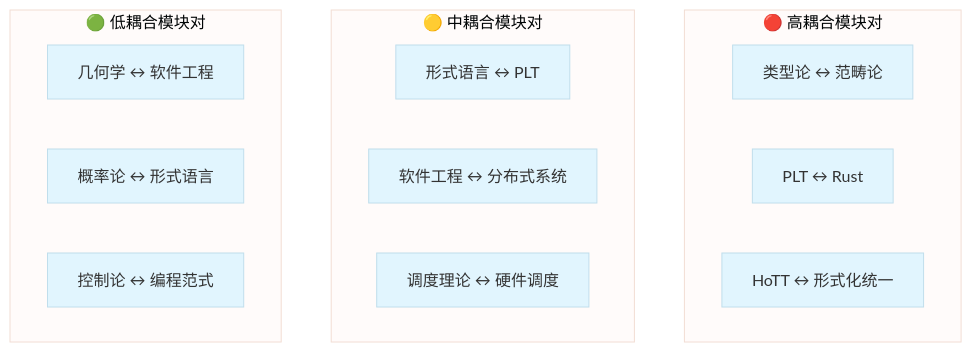
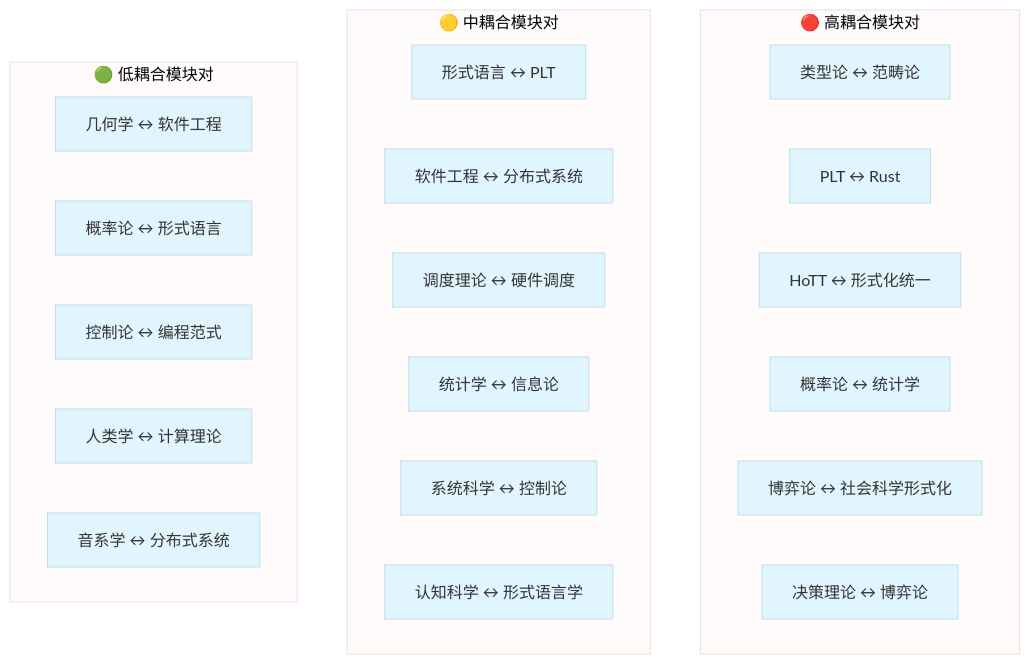
One commit to AdaMartin18010/FormalScience changed the ninth of 9 diagrams in docs/Refactor/00_MAP.md. Above: the diagram before and after it, drawn with Mermaid. The commit also changed other lines of this file and 140 other files, not shown here.

````diff
--- a/docs/Refactor/00_MAP.md
+++ b/docs/Refactor/00_MAP.md
@@ -390,21 +574,29 @@
 ```mermaid
 %%{init: {'theme': 'base', 'themeVariables': { 'primaryColor': '#e1f5fe'}}}%%
 graph TB
     subgraph 高耦合["🔴 高耦合模块对"]
         A1[类型论 ↔ 范畴论]
         A2[PLT ↔ Rust]
         A3[HoTT ↔ 形式化统一]
+        A4[概率论 ↔ 统计学]
+        A5[博弈论 ↔ 社会科学形式化]
+        A6[决策理论 ↔ 博弈论]
     end
     
     subgraph 中耦合["🟡 中耦合模块对"]
         B1[形式语言 ↔ PLT]
         B2[软件工程 ↔ 分布式系统]
         B3[调度理论 ↔ 硬件调度]
+        B4[统计学 ↔ 信息论]
+        B5[系统科学 ↔ 控制论]
+        B6[认知科学 ↔ 形式语言学]
     end
     
     subgraph 低耦合["🟢 低耦合模块对"]
         C1[几何学 ↔ 软件工程]
         C2[概率论 ↔ 形式语言]
         C3[控制论 ↔ 编程范式]
+        C4[人类学 ↔ 计算理论]
+        C5[音系学 ↔ 分布式系统]
     end
 ```
````
